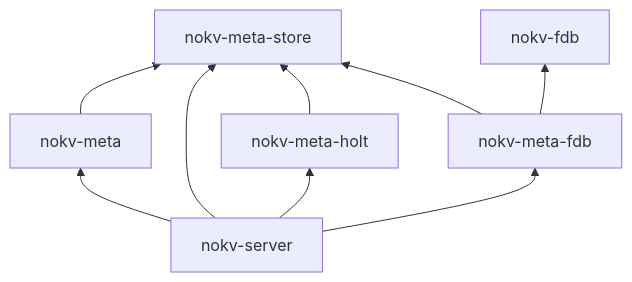
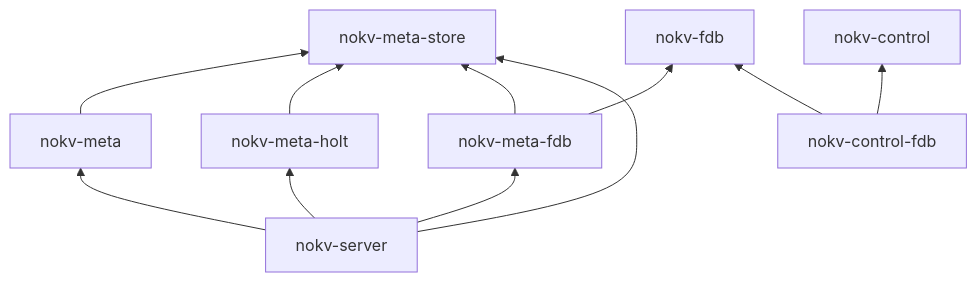
The second of 2 diagrams in docs/development/metadata-store-interface.md (NoKV-Lab/NoKV), drawn with Mermaid before and after one commit. The commit also changed other lines of this file and 21 other files, not shown here.

Commit message:
feat: add fdb catalog and ownership control

````diff
--- a/docs/development/metadata-store-interface.md
+++ b/docs/development/metadata-store-interface.md
@@ -129,11 +139,13 @@
 ```mermaid
 flowchart BT
     Meta["nokv-meta"] --> Interface["nokv-meta-store"]
     Holt["nokv-meta-holt"] --> Interface
     Fdb["nokv-meta-fdb"] --> Interface
     Fdb --> FdbRuntime["nokv-fdb"]
+    FdbControl["nokv-control-fdb"] --> FdbRuntime
+    FdbControl --> ControlTypes["nokv-control"]
     Server["nokv-server"] --> Meta
     Server --> Interface
     Server --> Holt
     Server --> Fdb
 ```
````
